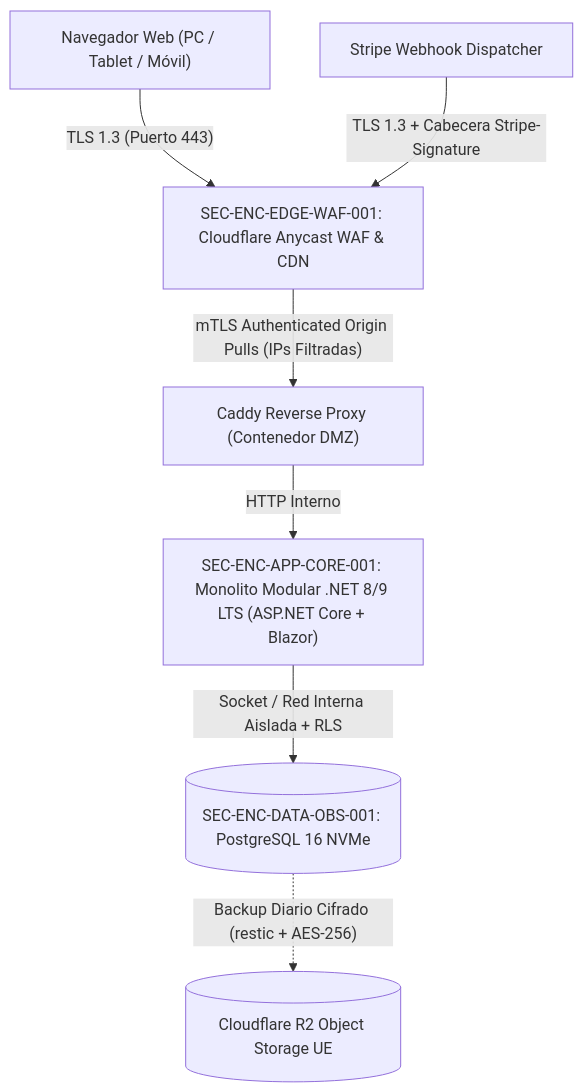
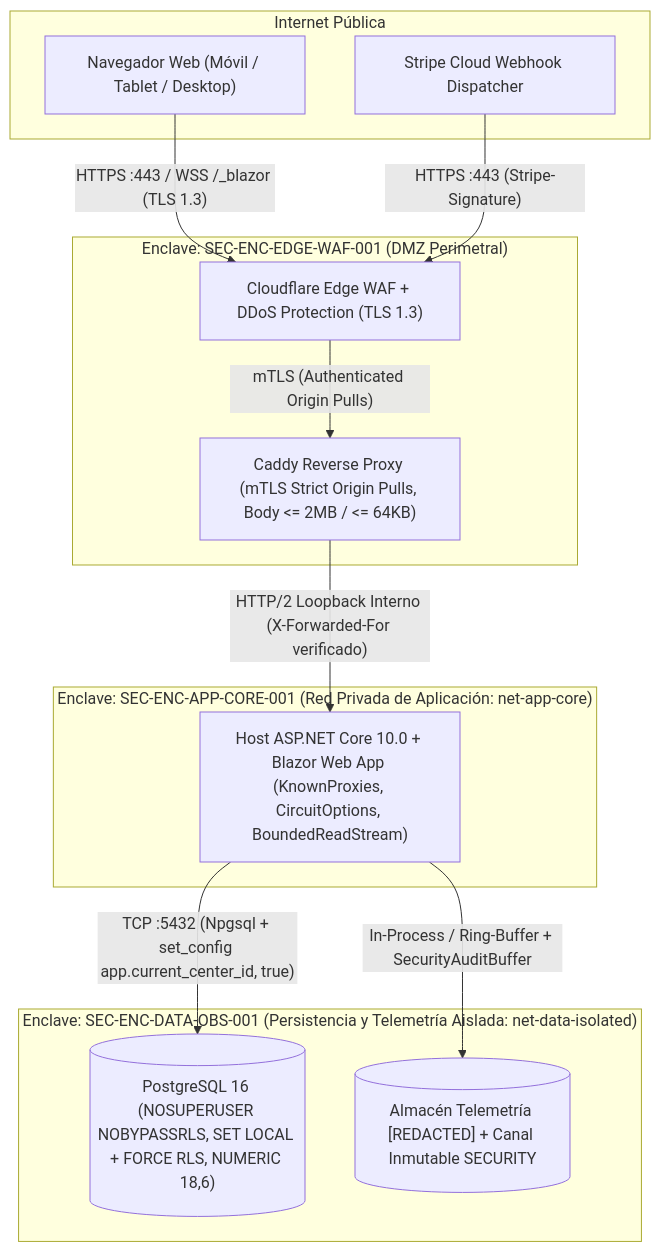
The second of 2 diagrams in specs/architecture/03-context-and-scope.md (altromon/Escandallo), drawn with Mermaid before and after one commit. The commit also changed other lines of this file and 125 other files, not shown here.

````diff
--- a/specs/architecture/03-context-and-scope.md
+++ b/specs/architecture/03-context-and-scope.md
@@ -54,9 +60,28 @@
 ```mermaid
 graph TD
-    Client["Navegador Web (PC / Tablet / Móvil)"] -->|"TLS 1.3 (Puerto 443)"| CF["SEC-ENC-EDGE-WAF-001: Cloudflare Anycast WAF & CDN"]
-    StripeHook["Stripe Webhook Dispatcher"] -->|"TLS 1.3 + Cabecera Stripe-Signature"| CF
-    CF -->|"mTLS Authenticated Origin Pulls (IPs Filtradas)"| Caddy["Caddy Reverse Proxy (Contenedor DMZ)"]
-    Caddy -->|"HTTP Interno"| App["SEC-ENC-APP-CORE-001: Monolito Modular .NET 8/9 LTS (ASP.NET Core + Blazor)"]
-    App -->|"Socket / Red Interna Aislada + RLS"| PG[("SEC-ENC-DATA-OBS-001: PostgreSQL 16 NVMe")]
-    PG -.->|"Backup Diario Cifrado (restic + AES-256)"| R2[("Cloudflare R2 Object Storage UE")]
+    subgraph PublicInternet["Internet Pública"]
+        Browser["Navegador Web (Móvil / Tablet / Desktop)"]
+        StripeCloud["Stripe Cloud Webhook Dispatcher"]
+    end
+
+    subgraph EnclaveEdge["Enclave: SEC-ENC-EDGE-WAF-001 (DMZ Perimetral)"]
+        CF["Cloudflare Edge WAF + DDoS Protection (TLS 1.3)"]
+        Caddy["Caddy Reverse Proxy (mTLS Strict Origin Pulls, Body <= 2MB / <= 64KB)"]
+    end
+
+    subgraph EnclaveCore["Enclave: SEC-ENC-APP-CORE-001 (Red Privada de Aplicación: net-app-core)"]
+        DotNetHost["Host ASP.NET Core 10.0 + Blazor Web App (KnownProxies, CircuitOptions, BoundedReadStream)"]
+    end
+
+    subgraph EnclaveData["Enclave: SEC-ENC-DATA-OBS-001 (Persistencia y Telemetría Aislada: net-data-isolated)"]
+        Postgres[("PostgreSQL 16 (NOSUPERUSER NOBYPASSRLS, SET LOCAL + FORCE RLS, NUMERIC 18,6)")]
+        ObsStore[("Almacén Telemetría [REDACTED] + Canal Inmutable SECURITY")]
+    end
+
+    Browser -->|"HTTPS :443 / WSS /_blazor (TLS 1.3)"| CF
+    StripeCloud -->|"HTTPS :443 (Stripe-Signature)"| CF
+    CF -->|"mTLS (Authenticated Origin Pulls)"| Caddy
+    Caddy -->|"HTTP/2 Loopback Interno (X-Forwarded-For verificado)"| DotNetHost
+    DotNetHost -->|"TCP :5432 (Npgsql + set_config app.current_center_id, true)"| Postgres
+    DotNetHost -->|"In-Process / Ring-Buffer + SecurityAuditBuffer"| ObsStore
 ```
````
